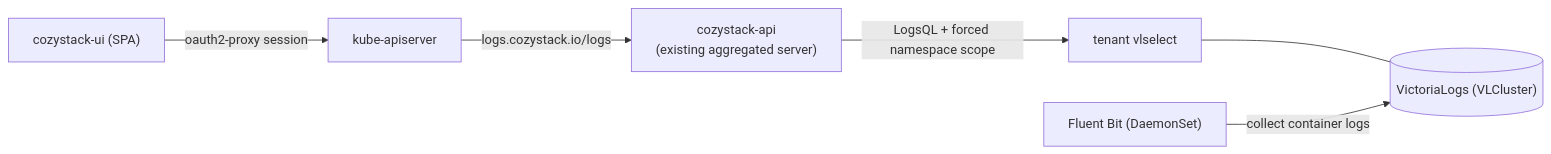
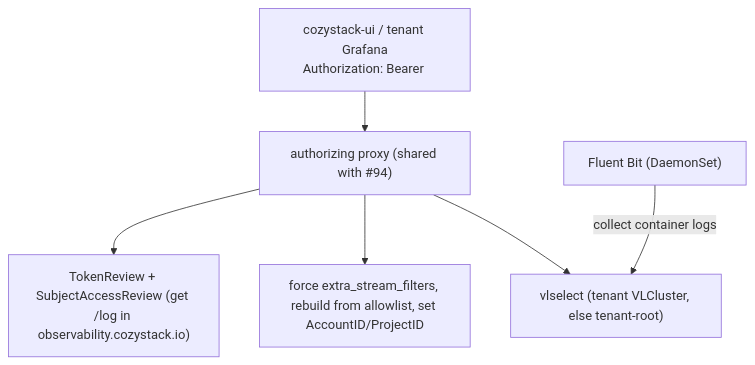
Before and after one commit to cozystack/community: the diagram in design-proposals/tenant-application-logs/README.md, drawn with Mermaid. The commit also changed other lines of this file, not shown here.

First line of the commit message:
docs(tenant-application-logs): serve logs from the shared authorizing proxy

````diff
--- a/design-proposals/tenant-application-logs/README.md
+++ b/design-proposals/tenant-application-logs/README.md
@@ -74,8 +77,8 @@
 ```mermaid
-flowchart LR
-  UI["cozystack-ui (SPA)"] -->|"oauth2-proxy session"| KAS["kube-apiserver"]
-  KAS -->|"logs.cozystack.io/logs"| CA["cozystack-api<br/>(existing aggregated server)"]
-  CA -->|"LogsQL + forced namespace scope"| VLS["tenant vlselect"]
-  VLS --- VL[("VictoriaLogs (VLCluster)")]
-  FB["Fluent Bit (DaemonSet)"] -->|"collect container logs"| VL
+flowchart TD
+  UI["cozystack-ui / tenant Grafana<br/>Authorization: Bearer <same kube token>"] --> P["authorizing proxy (shared with #94)"]
+  P --> T["TokenReview + SubjectAccessReview (get <res>/log in observability.cozystack.io)"]
+  P --> R["force extra_stream_filters, rebuild from allowlist, set AccountID/ProjectID"]
+  P --> VLS["vlselect (tenant VLCluster, else tenant-root)"]
+  FB["Fluent Bit (DaemonSet)"] -->|"collect container logs"| VLS
 ```
````
